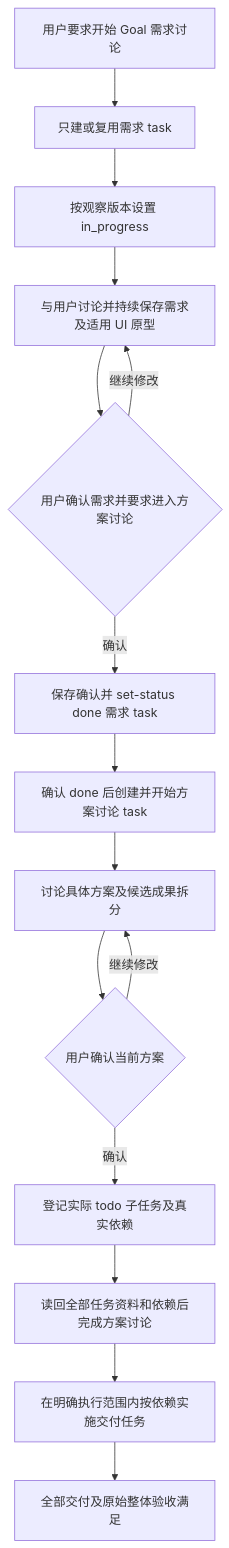
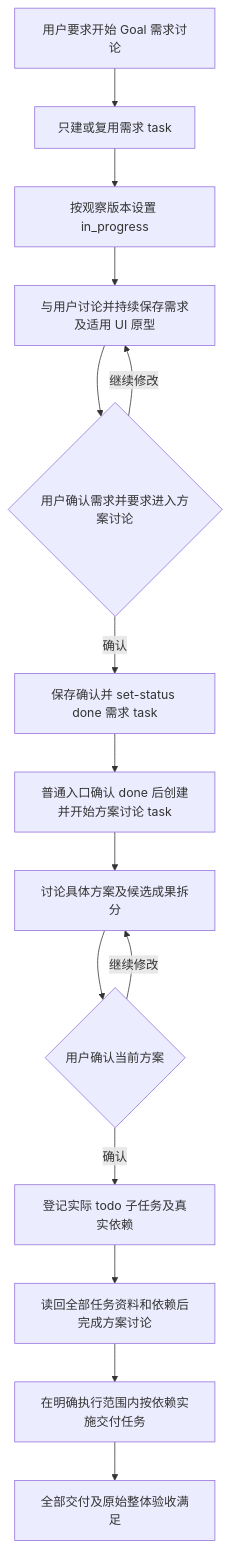
One commit to codetreker/daynight changed the diagram in docs/design/daynight-goal-workflow.md. Above: the diagram before and after it, drawn with Mermaid. The commit also changed other lines of this file and 35 other files, not shown here.

````diff
--- a/docs/design/daynight-goal-workflow.md
+++ b/docs/design/daynight-goal-workflow.md
@@ -48,17 +50,17 @@
 ```mermaid
 flowchart TD
     A[用户要求开始 Goal 需求讨论] --> B[只建或复用需求 task]
     B --> C[按观察版本设置 in_progress]
     C --> D[与用户讨论并持续保存需求及适用 UI 原型]
     D --> E{用户确认需求并要求进入方案讨论}
     E -->|继续修改| D
     E -->|确认| F[保存确认并 set-status done 需求 task]
-    F --> G[确认 done 后创建并开始方案讨论 task]
+    F --> G[普通入口确认 done 后创建并开始方案讨论 task]
     G --> H[讨论具体方案及候选成果拆分]
     H --> I{用户确认当前方案}
     I -->|继续修改| H
     I -->|确认| J[登记实际 todo 子任务及真实依赖]
     J --> K[读回全部任务资料和依赖后完成方案讨论]
     K --> L[在明确执行范围内按依赖实施交付任务]
     L --> M[全部交付及原始整体验收满足]
 ```
````
